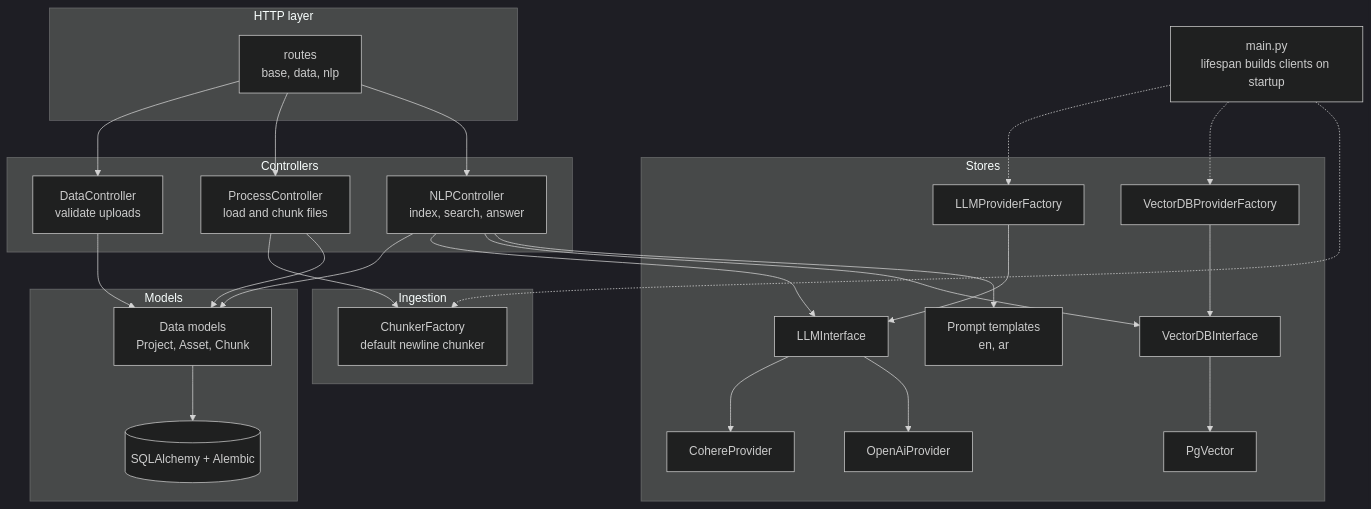
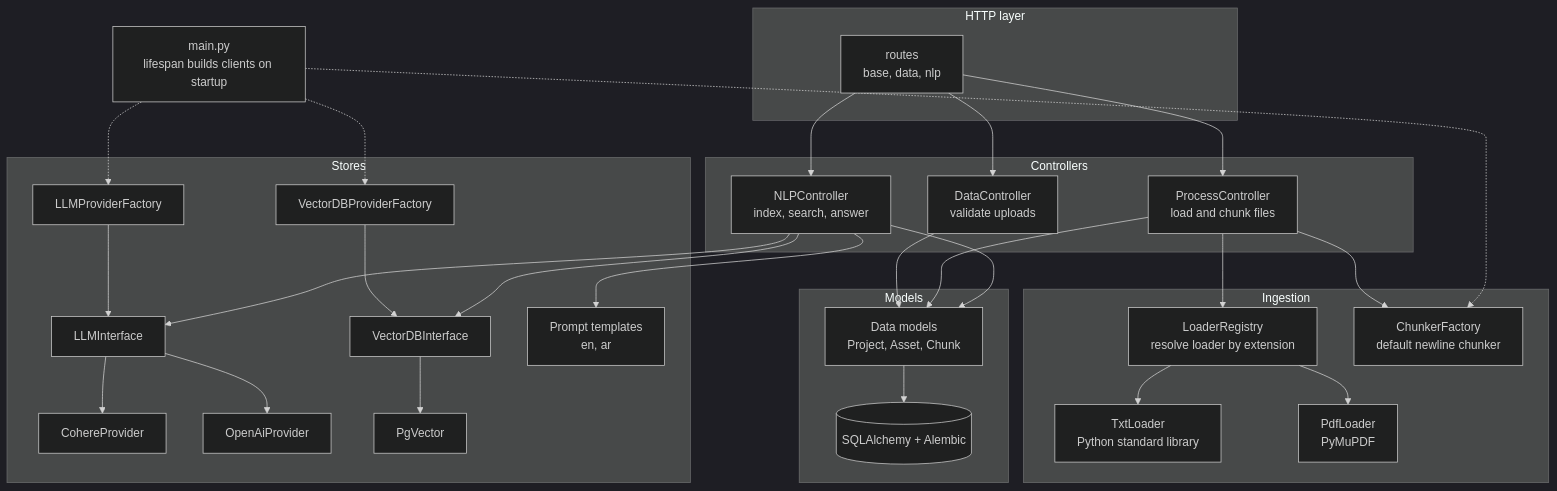
One commit to ElsebaiyMohamed/MiniRag_26 changed the second of 6 diagrams in README.md. Above: the diagram before and after it, drawn with Mermaid (dark theme). The commit also changed other lines of this file and 2 other files, not shown here.

````diff
--- a/README.md
+++ b/README.md
@@ -91,38 +96,45 @@
 ```mermaid
 flowchart TB
     main["main.py<br/>lifespan builds clients on startup"]
 
     subgraph http["HTTP layer"]
         routes["routes<br/>base, data, nlp"]
     end
 
     subgraph logic["Controllers"]
         dc["DataController<br/>validate uploads"]
         pc["ProcessController<br/>load and chunk files"]
         nc["NLPController<br/>index, search, answer"]
     end
 
     subgraph ingestion["Ingestion"]
+        lr["LoaderRegistry<br/>resolve loader by extension"]
+        txt["TxtLoader<br/>Python standard library"]
+        pdf["PdfLoader<br/>PyMuPDF"]
         cf["ChunkerFactory<br/>default newline chunker"]
+
+        lr --> txt
+        lr --> pdf
     end
 
     subgraph persistence["Models"]
         dm["Data models<br/>Project, Asset, Chunk"]
         orm[("SQLAlchemy + Alembic")]
     end
 
     subgraph stores["Stores"]
         llmf["LLMProviderFactory"] --> llmi["LLMInterface"]
         llmi --> cohere["CohereProvider"]
         llmi --> openai["OpenAiProvider"]
         vf["VectorDBProviderFactory"] --> vi["VectorDBInterface"]
         vi --> pgv["PgVector"]
         tpl["Prompt templates<br/>en, ar"]
     end
 
     routes --> dc & pc & nc
+    pc --> lr
     pc --> cf
     dc & pc & nc --> dm --> orm
     nc --> llmi & vi & tpl
     main -.-> llmf & vf & cf
 ```
````
